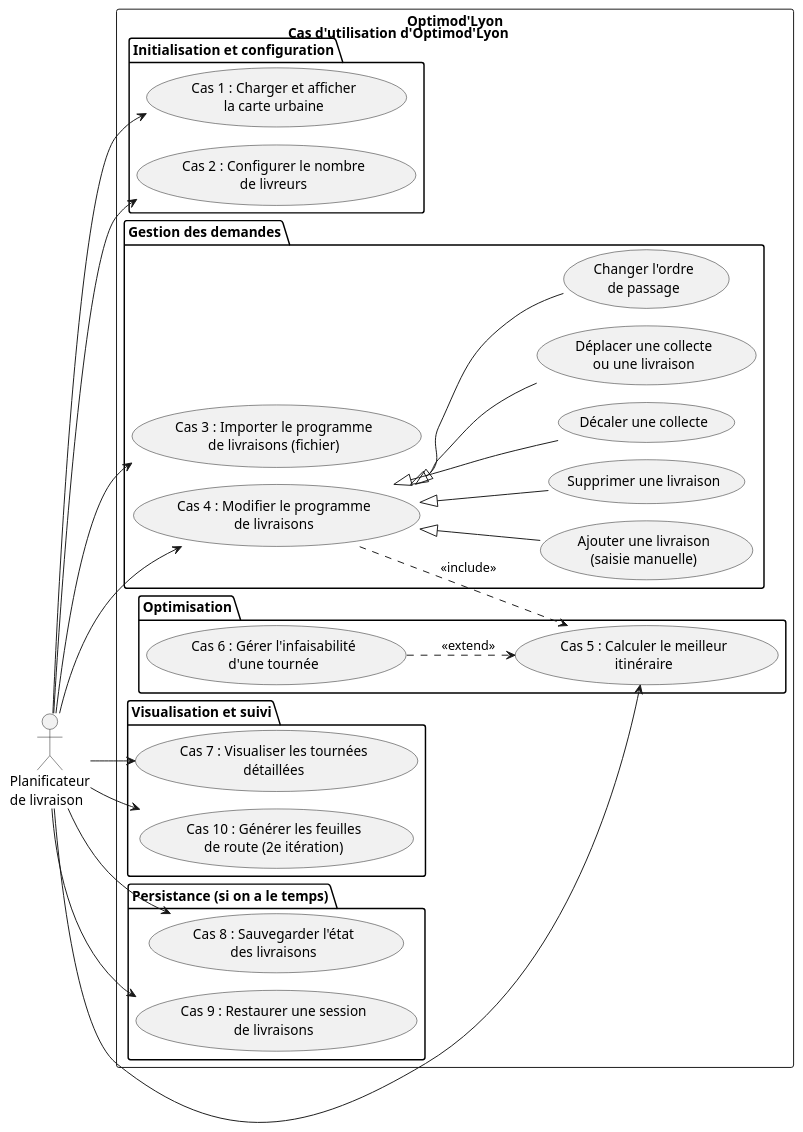
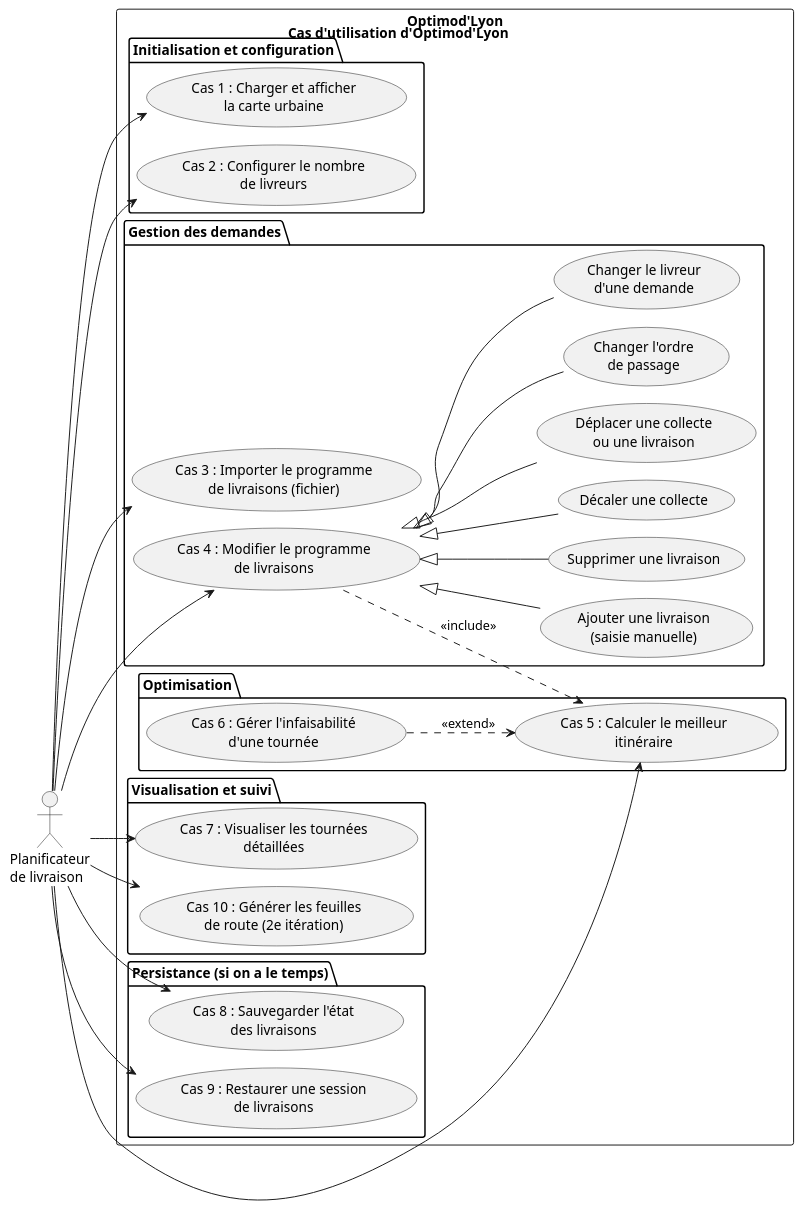
The diagram in docs/diagrams/use-cases.puml (tristanhp/Optimod-Lyon), drawn with PlantUML before and after one commit. The commit also changed 16 other files, not shown here.

First line of the commit message:
feat: changer le livreur d'une demande après calcul (TIG-80)

```diff
--- a/docs/diagrams/use-cases.puml
+++ b/docs/diagrams/use-cases.puml
@@ -1,54 +1,56 @@
 @startuml use-cases
 !pragma layout smetana
 title Cas d'utilisation d'Optimod'Lyon
 left to right direction
 
 actor "Planificateur\nde livraison" as Planificateur
 
 rectangle "Optimod'Lyon" {
     package "Initialisation et configuration" {
         usecase "Cas 1 : Charger et afficher\nla carte urbaine" as UC1
         usecase "Cas 2 : Configurer le nombre\nde livreurs" as UC2
     }
     package "Gestion des demandes" {
         usecase "Cas 3 : Importer le programme\nde livraisons (fichier)" as UC3
         usecase "Cas 4 : Modifier le programme\nde livraisons" as UC4
         usecase "Ajouter une livraison\n(saisie manuelle)" as UC4a
         usecase "Supprimer une livraison" as UC4b
         usecase "Décaler une collecte" as UC4c
         usecase "Déplacer une collecte\nou une livraison" as UC4d
         usecase "Changer l'ordre\nde passage" as UC4e
+        usecase "Changer le livreur\nd'une demande" as UC4f
     }
     package "Optimisation" {
         usecase "Cas 5 : Calculer le meilleur\nitinéraire" as UC5
         usecase "Cas 6 : Gérer l'infaisabilité\nd'une tournée" as UC6
     }
     package "Visualisation et suivi" {
         usecase "Cas 7 : Visualiser les tournées\ndétaillées" as UC7
         usecase "Cas 10 : Générer les feuilles\nde route (2e itération)" as UC10
     }
     package "Persistance (si on a le temps)" {
         usecase "Cas 8 : Sauvegarder l'état\ndes livraisons" as UC8
         usecase "Cas 9 : Restaurer une session\nde livraisons" as UC9
     }
 }
 
 Planificateur --> UC1
 Planificateur --> UC2
 Planificateur --> UC3
 Planificateur --> UC4
 Planificateur --> UC5
 Planificateur --> UC7
 Planificateur --> UC10
 Planificateur --> UC8
 Planificateur --> UC9
 
 UC4 <|-- UC4a
 UC4 <|-- UC4b
 UC4 <|-- UC4c
 UC4 <|-- UC4d
 UC4 <|-- UC4e
+UC4 <|-- UC4f
 
 UC4 ..> UC5 : <<include>>
 UC6 ..> UC5 : <<extend>>
 @enduml
```
